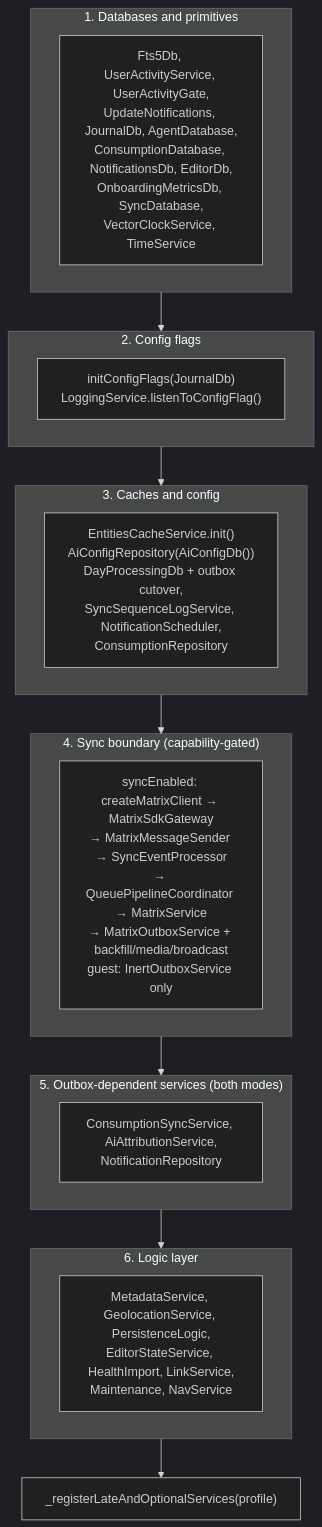
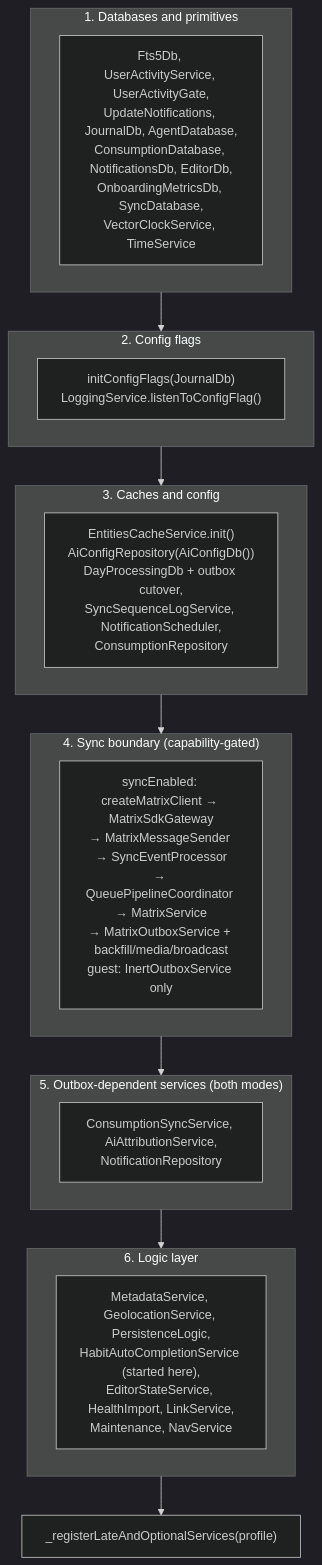
The second of 2 diagrams in knowledge/architecture/bootstrap-and-di.md (matthiasn/lotti), drawn with Mermaid (dark theme) before and after one commit. The commit also changed other lines of this file and 10 other files, not shown here.

````diff
--- a/knowledge/architecture/bootstrap-and-di.md
+++ b/knowledge/architecture/bootstrap-and-di.md
@@ -131,23 +131,23 @@
 ```mermaid
 flowchart TD
   subgraph Phase1["1. Databases and primitives"]
     P1["Fts5Db, UserActivityService, UserActivityGate,<br/>UpdateNotifications, JournalDb, AgentDatabase,<br/>ConsumptionDatabase, NotificationsDb, EditorDb,<br/>OnboardingMetricsDb, SyncDatabase,<br/>VectorClockService, TimeService"]
   end
   subgraph Phase2["2. Config flags"]
     P2["initConfigFlags(JournalDb)<br/>LoggingService.listenToConfigFlag()"]
   end
   subgraph Phase3["3. Caches and config"]
     P3["EntitiesCacheService.init()<br/>AiConfigRepository(AiConfigDb())<br/>DayProcessingDb + outbox cutover,<br/>SyncSequenceLogService, NotificationScheduler,<br/>ConsumptionRepository"]
   end
   subgraph Phase4["4. Sync boundary (capability-gated)"]
     P4["syncEnabled: createMatrixClient → MatrixSdkGateway<br/>→ MatrixMessageSender → SyncEventProcessor<br/>→ QueuePipelineCoordinator → MatrixService<br/>→ MatrixOutboxService + backfill/media/broadcast<br/>guest: InertOutboxService only"]
   end
   subgraph Phase5["5. Outbox-dependent services (both modes)"]
     P5["ConsumptionSyncService, AiAttributionService,<br/>NotificationRepository"]
   end
   subgraph Phase6["6. Logic layer"]
-    P6["MetadataService, GeolocationService, PersistenceLogic,<br/>EditorStateService, HealthImport, LinkService,<br/>Maintenance, NavService"]
+    P6["MetadataService, GeolocationService, PersistenceLogic,<br/>HabitAutoCompletionService (started here),<br/>EditorStateService, HealthImport, LinkService,<br/>Maintenance, NavService"]
   end
   Phase1 --> Phase2 --> Phase3 --> Phase4 --> Phase5 --> Phase6
   Phase6 --> Late["_registerLateAndOptionalServices(profile)"]
 ```
````
